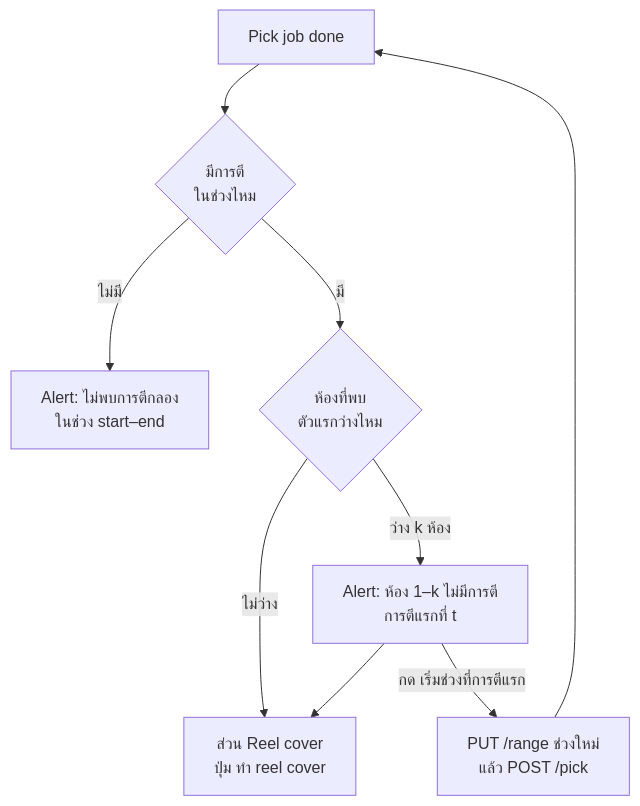
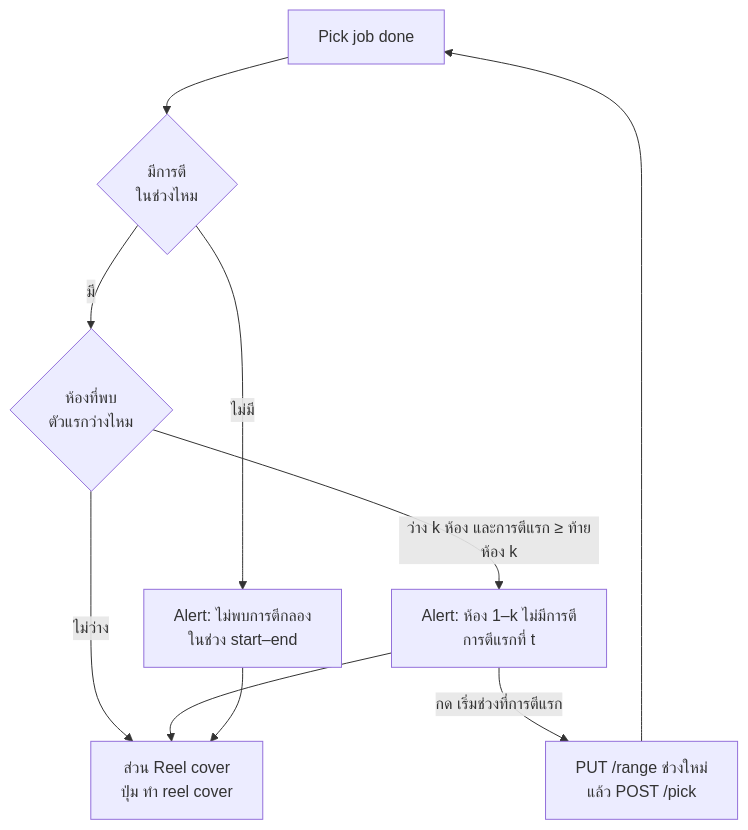
The third of 3 diagrams in docs/features/drum-cover/flow.md (mousemouse094526/framecraft), drawn with Mermaid before and after one commit. The commit also changed other lines of this file and 14 other files, not shown here.

````diff
--- a/docs/features/drum-cover/flow.md
+++ b/docs/features/drum-cover/flow.md
@@ -76,11 +82,12 @@
 ```mermaid
 flowchart TB
   Done["Pick job done"] --> Any{"มีการตี<br/>ในช่วงไหม"}
   Any -->|ไม่มี| NoneAlert["Alert: ไม่พบการตีกลอง<br/>ในช่วง start–end"]
   Any -->|มี| First{"ห้องที่พบ<br/>ตัวแรกว่างไหม"}
-  First -->|ว่าง k ห้อง| Gap["Alert: ห้อง 1–k ไม่มีการตี<br/>การตีแรกที่ t"]
+  First -->|ว่าง k ห้อง และการตีแรก ≥ ท้ายห้อง k| Gap["Alert: ห้อง 1–k ไม่มีการตี<br/>การตีแรกที่ t"]
   Gap -->|กด เริ่มช่วงที่การตีแรก| Repick["PUT /range ช่วงใหม่<br/>แล้ว POST /pick"]
   First -->|ไม่ว่าง| Reel["ส่วน Reel cover<br/>ปุ่ม ทำ reel cover"]
   Gap --> Reel
+  NoneAlert --> Reel
   Repick --> Done
 ```
````
